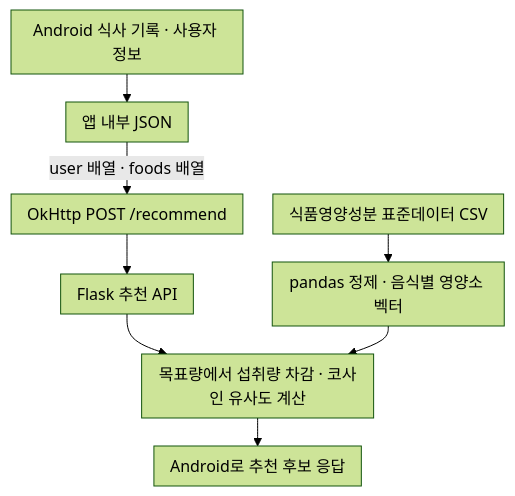
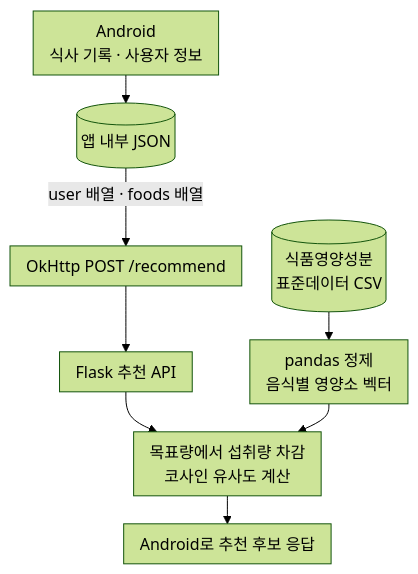
Before and after one commit to keeeery/portfolio: the second of 6 diagrams in src/101-Nutrifit/TechDoc_Nutrifit.md, drawn with Mermaid (forest theme). The commit also changed other lines of this file and 12 other files, not shown here.

Commit message:
프로젝트 문서: 장 제목 정리와 다이어그램 배치·문구 다듬기(사천성·Nutrifit 등), 데이터 다시 빌드

````diff
--- a/src/101-Nutrifit/TechDoc_Nutrifit.md
+++ b/src/101-Nutrifit/TechDoc_Nutrifit.md
@@ -74,11 +83,13 @@
 ```mermaid
 %%{init: {"flowchart": {"rankSpacing": 28, "nodeSpacing": 30, "padding": 8}}}%%
 flowchart TB
-    Record["Android 식사 기록 · 사용자 정보"] --> Local["앱 내부 JSON"]
+    Record["Android<br>식사 기록 · 사용자 정보"] --> Local[("앱 내부 JSON")]
     Local -->|user 배열 · foods 배열| Request["OkHttp POST /recommend"]
     Request --> API["Flask 추천 API"]
-    CSV["식품영양성분 표준데이터 CSV"] --> Clean["pandas 정제 · 음식별 영양소 벡터"]
-    API --> Rank["목표량에서 섭취량 차감 · 코사인 유사도 계산"]
+    CSV[("식품영양성분<br>표준데이터 CSV")] --> Clean["pandas 정제<br>음식별 영양소 벡터"]
+    API --> Rank["목표량에서 섭취량 차감<br>코사인 유사도 계산"]
     Clean --> Rank
     Rank --> Response["Android로 추천 후보 응답"]
+%% 격자: Record - | Local - | Request CSV | API Clean | Rank - | Response -
+%% 화살표 Clean -> Rank: 나감=아래 들어감=오른쪽
 ```
````
